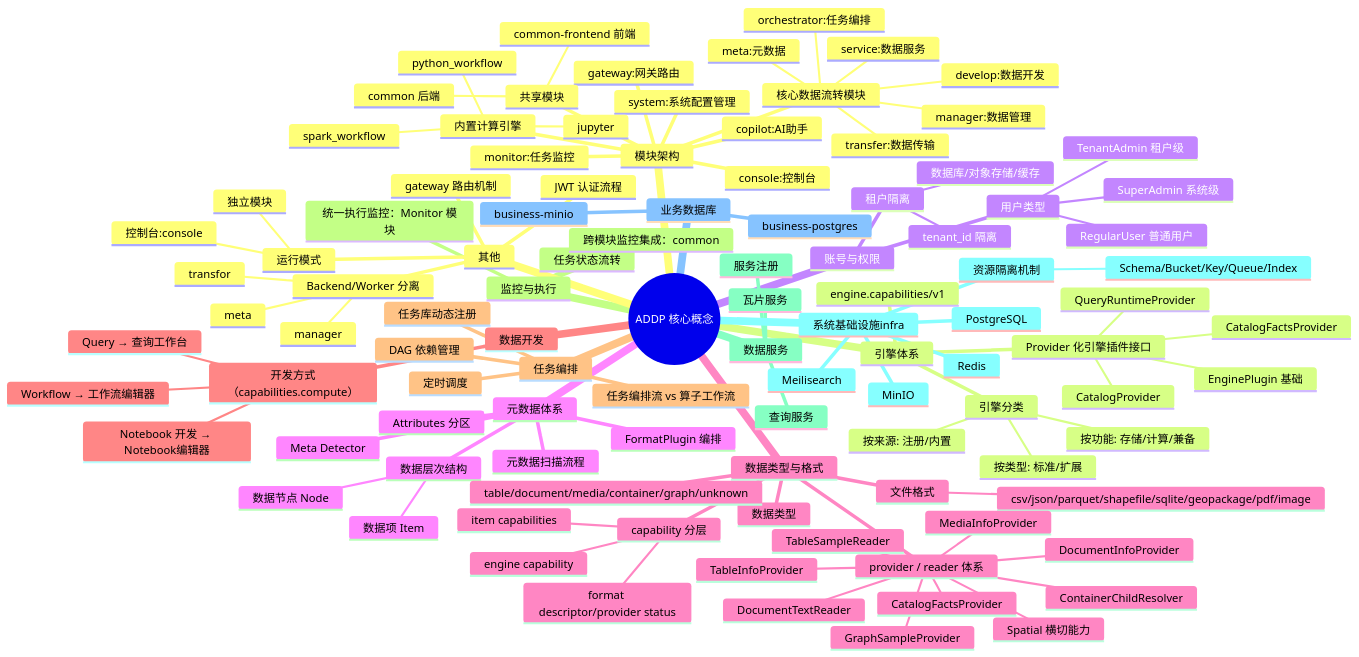
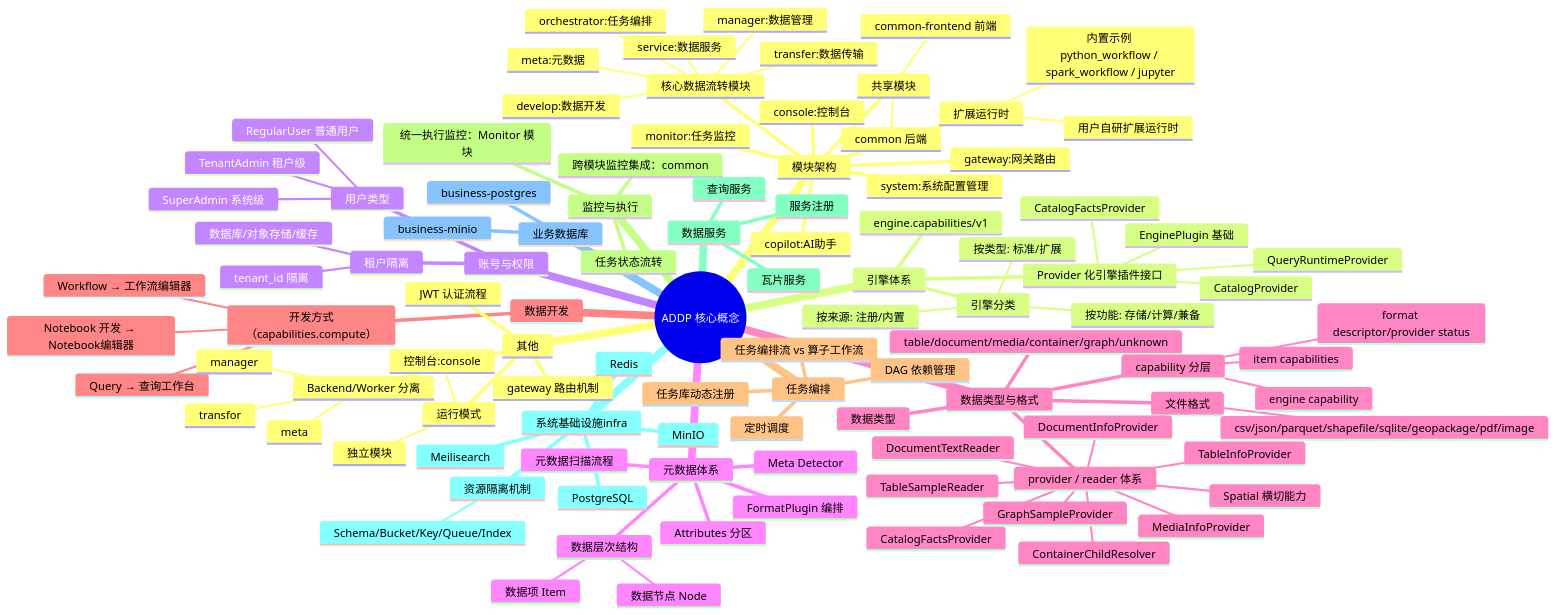
Before and after one commit to pampa0629/addp: the first of 2 diagrams in docs/concepts/addp核心概念关系图.md, drawn with Mermaid. The commit also changed other lines of this file and 536 other files, not shown here.

```diff
--- a/docs/concepts/addp核心概念关系图.md
+++ b/docs/concepts/addp核心概念关系图.md
@@ -35,10 +35,9 @@
       共享模块
         common 后端
         common-frontend 前端
-      内置计算引擎
-        python_workflow
-        spark_workflow
-        jupyter
+      扩展运行时
+        内置示例 python_workflow / spark_workflow / jupyter
+        用户自研扩展运行时
     引擎体系
       Provider 化引擎插件接口
         EnginePlugin 基础
```
